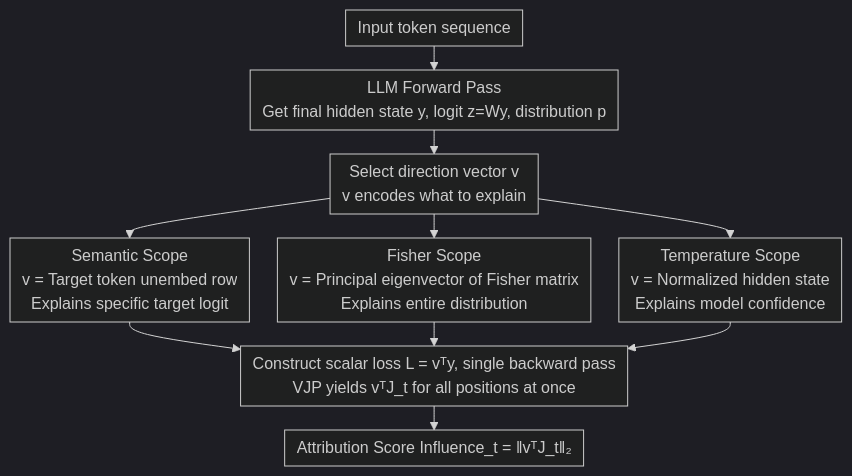
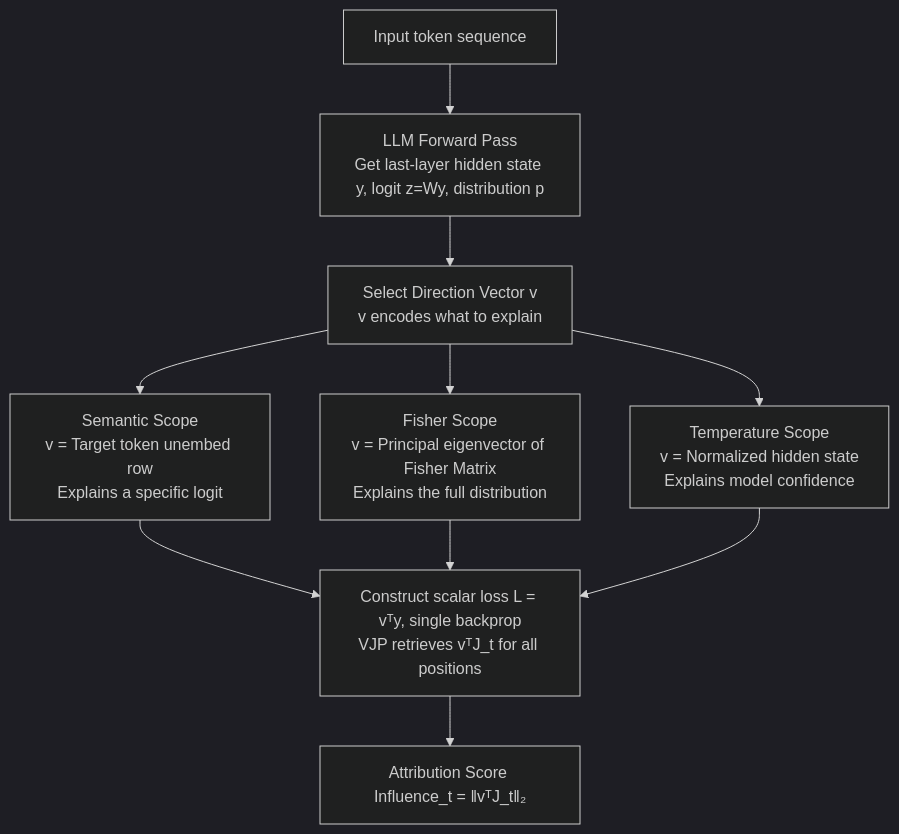
The diagram in docs/ACL2026/interpretability/jacobian_scopes_token-level_causal_attributions_in_llms.md (zhaoyang97/Paper-Notes-en), drawn with Mermaid (dark theme) before and after one commit. The commit also changed other lines of this file and 5084 other files, not shown here.

````diff
--- a/docs/ACL2026/interpretability/jacobian_scopes_token-level_causal_attributions_in_llms.md
+++ b/docs/ACL2026/interpretability/jacobian_scopes_token-level_causal_attributions_in_llms.md
@@ -43,13 +43,12 @@
 ```mermaid
-%%{init: {'flowchart': {'rankSpacing': 24, 'nodeSpacing': 28, 'padding': 6, 'wrappingWidth': 400}}}%%
-flowchart TD
-    A["Input token sequence"] --> B["LLM Forward Pass<br/>Get final hidden state y, logit z=Wy, distribution p"]
-    B --> C["Select direction vector v<br/>v encodes what to explain"]
-    C --> D["Semantic Scope<br/>v = Target token unembed row<br/>Explains specific target logit"]
-    C --> E["Fisher Scope<br/>v = Principal eigenvector of Fisher matrix<br/>Explains entire distribution"]
+graph TD
+    A["Input token sequence"] --> B["LLM Forward Pass<br/>Get last-layer hidden state y, logit z=Wy, distribution p"]
+    B --> C["Select Direction Vector v<br/>v encodes what to explain"]
+    C --> D["Semantic Scope<br/>v = Target token unembed row<br/>Explains a specific logit"]
+    C --> E["Fisher Scope<br/>v = Principal eigenvector of Fisher Matrix<br/>Explains the full distribution"]
     C --> F["Temperature Scope<br/>v = Normalized hidden state<br/>Explains model confidence"]
-    D --> G["Construct scalar loss L = vᵀy, single backward pass<br/>VJP yields vᵀJ_t for all positions at once"]
+    D --> G["Construct scalar loss L = vᵀy, single backprop<br/>VJP retrieves vᵀJ_t for all positions"]
     E --> G
     F --> G
     G --> H["Attribution Score Influence_t = ‖vᵀJ_t‖₂"]
 ```
````
